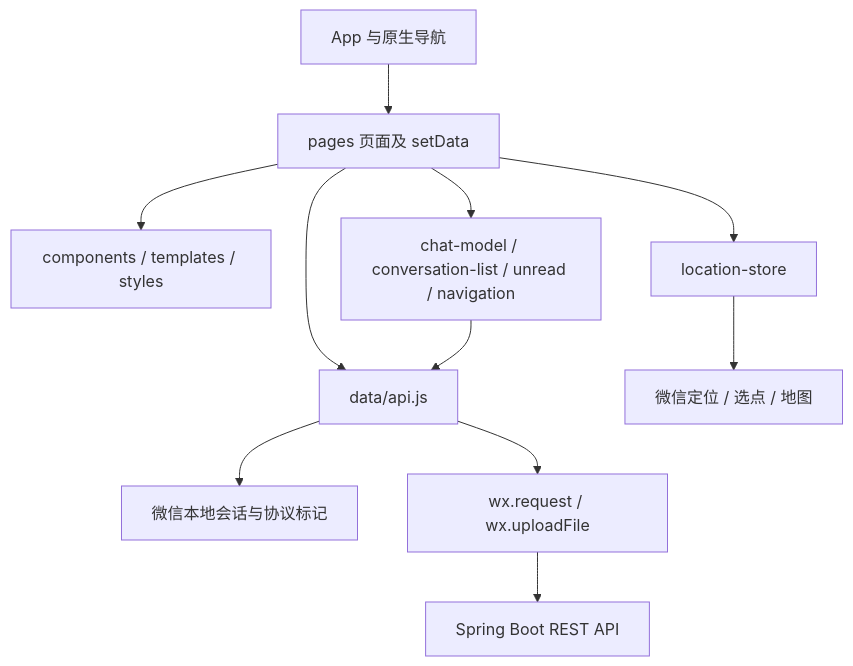
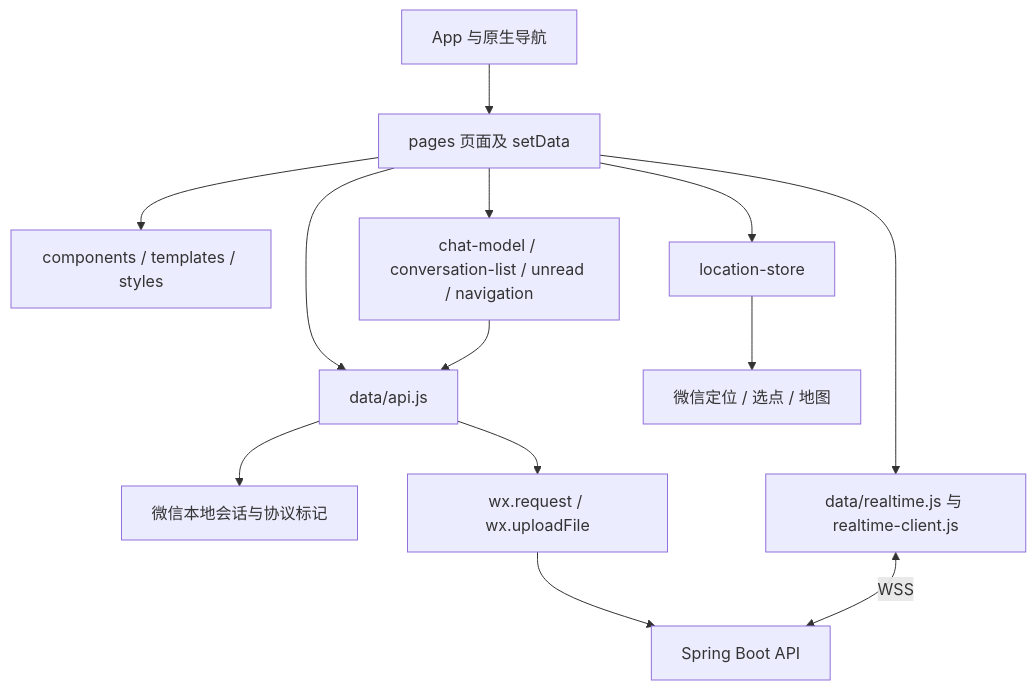
One commit to lix40608/qiuyoufutai-miniprogram changed the diagram in README.md. Above: the diagram before and after it, drawn with Mermaid. The commit also changed other lines of this file and 16 other files, not shown here.

````diff
--- a/README.md
+++ b/README.md
@@ -25,13 +25,15 @@
 ```mermaid
 flowchart TD
     Entry[App 与原生导航] --> Pages[pages 页面及 setData]
     Pages --> UI[components / templates / styles]
     Pages --> Models[chat-model / conversation-list / unread / navigation]
     Pages --> Location[location-store]
     Pages --> API[data/api.js]
     Models --> API
     API --> Storage[微信本地会话与协议标记]
     API --> HTTP[wx.request / wx.uploadFile]
-    HTTP --> Server[Spring Boot REST API]
+    HTTP --> Server[Spring Boot API]
+    Pages --> Realtime[data/realtime.js 与 realtime-client.js]
+    Realtime <-->|WSS| Server
     Location --> Map[微信定位 / 选点 / 地图]
 ```
````
